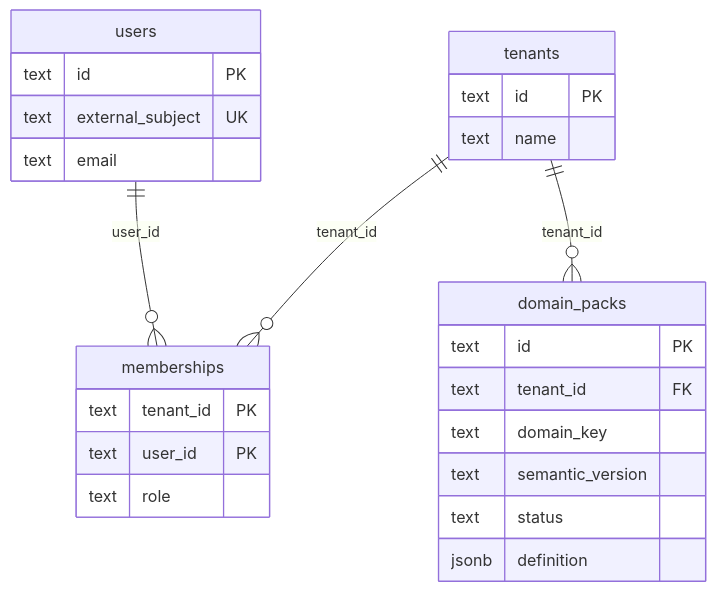
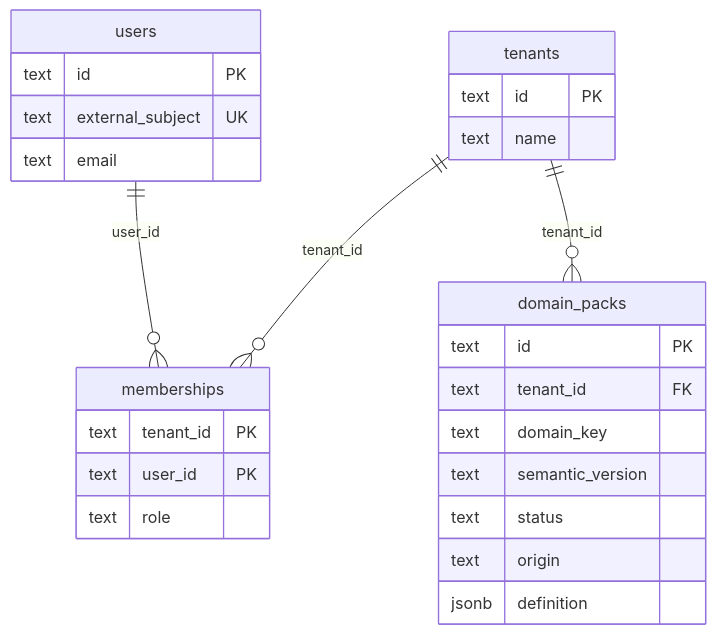
One commit to DNikolaiev/RAG-LLM-Document-Intelligence changed the first of 4 diagrams in ARCHITECTURE.md. Above: the diagram before and after it, drawn with Mermaid. The commit also changed other lines of this file and 11 other files, not shown here.

````diff
--- a/ARCHITECTURE.md
+++ b/ARCHITECTURE.md
@@ -302,29 +302,30 @@
 ```mermaid
 erDiagram
   tenants ||--o{ memberships : "tenant_id"
   users ||--o{ memberships : "user_id"
   tenants ||--o{ domain_packs : "tenant_id"
 
   tenants {
     text id PK
     text name
   }
   users {
     text id PK
     text external_subject UK
     text email
   }
   memberships {
     text tenant_id PK
     text user_id PK
     text role
   }
   domain_packs {
     text id PK
     text tenant_id FK
     text domain_key
     text semantic_version
     text status
+    text origin
     jsonb definition
   }
 ```
````
